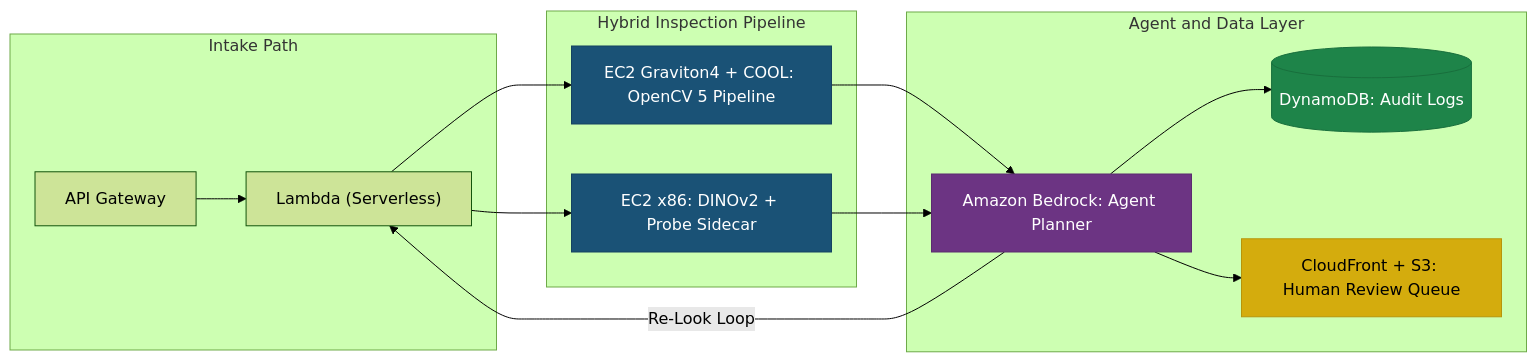
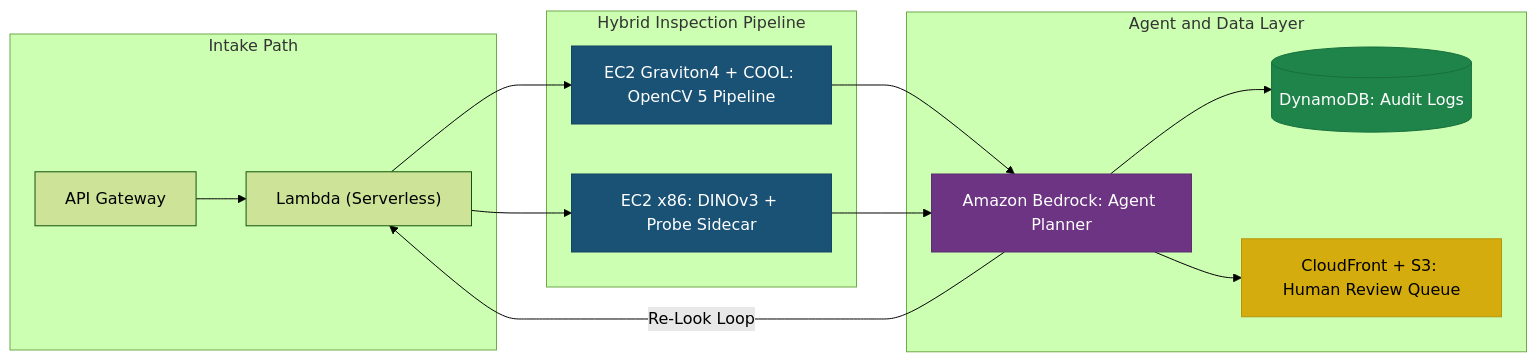
One commit to vasujunior7/Parallax changed the third of 4 diagrams in FILES/parallax_architecture.md. Above: the diagram before and after it, drawn with Mermaid (forest theme). The commit also changed other lines of this file and 4 other files, not shown here.

Commit message:
Add engineering architecture documentation for Parallax system,

````diff
--- a/FILES/parallax_architecture.md
+++ b/FILES/parallax_architecture.md
@@ -74,31 +185,31 @@
 ```mermaid
 flowchart LR
     subgraph Intake["Intake Path"]
         API["API Gateway"] --> Lambda["Lambda (Serverless)"]
     end
 
     subgraph Pipeline["Hybrid Inspection Pipeline"]
         Graviton["EC2 Graviton4 + COOL: OpenCV 5 Pipeline"]
-        X86["EC2 x86: DINOv2 + Probe Sidecar"]
+        X86["EC2 x86: DINOv3 + Probe Sidecar"]
     end
 
     subgraph Decision["Agent and Data Layer"]
         Bedrock["Amazon Bedrock: Agent Planner"]
         DB[("DynamoDB: Audit Logs")]
         UI["CloudFront + S3: Human Review Queue"]
     end
 
     Lambda --> Graviton
     Lambda --> X86
     Graviton --> Bedrock
     X86 --> Bedrock
     Bedrock --> DB
     Bedrock --> UI
     Bedrock -- "Re-Look Loop" --> Lambda
 
     style Graviton fill:#1a5276,stroke:#154360,color:#fff
     style X86 fill:#1a5276,stroke:#154360,color:#fff
     style Bedrock fill:#6c3483,stroke:#5b2c6f,color:#fff
     style DB fill:#1e8449,stroke:#196f3d,color:#fff
     style UI fill:#d4ac0d,stroke:#b7950b,color:#000
 ```
````
